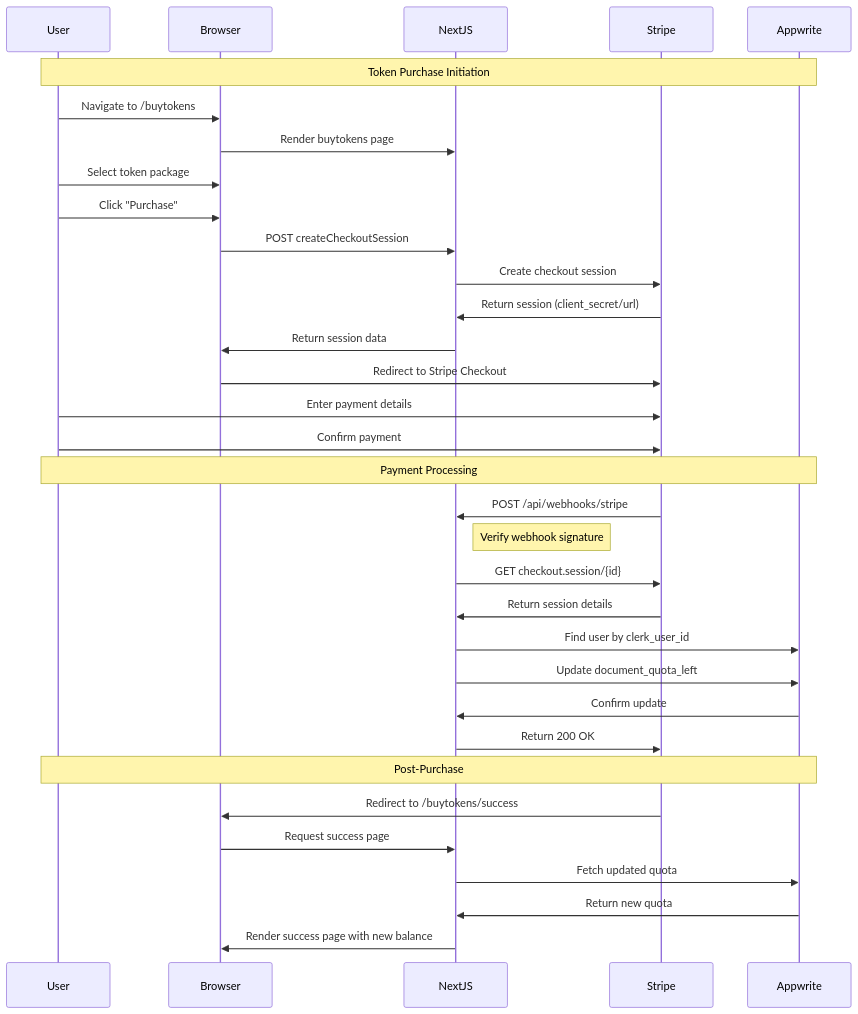
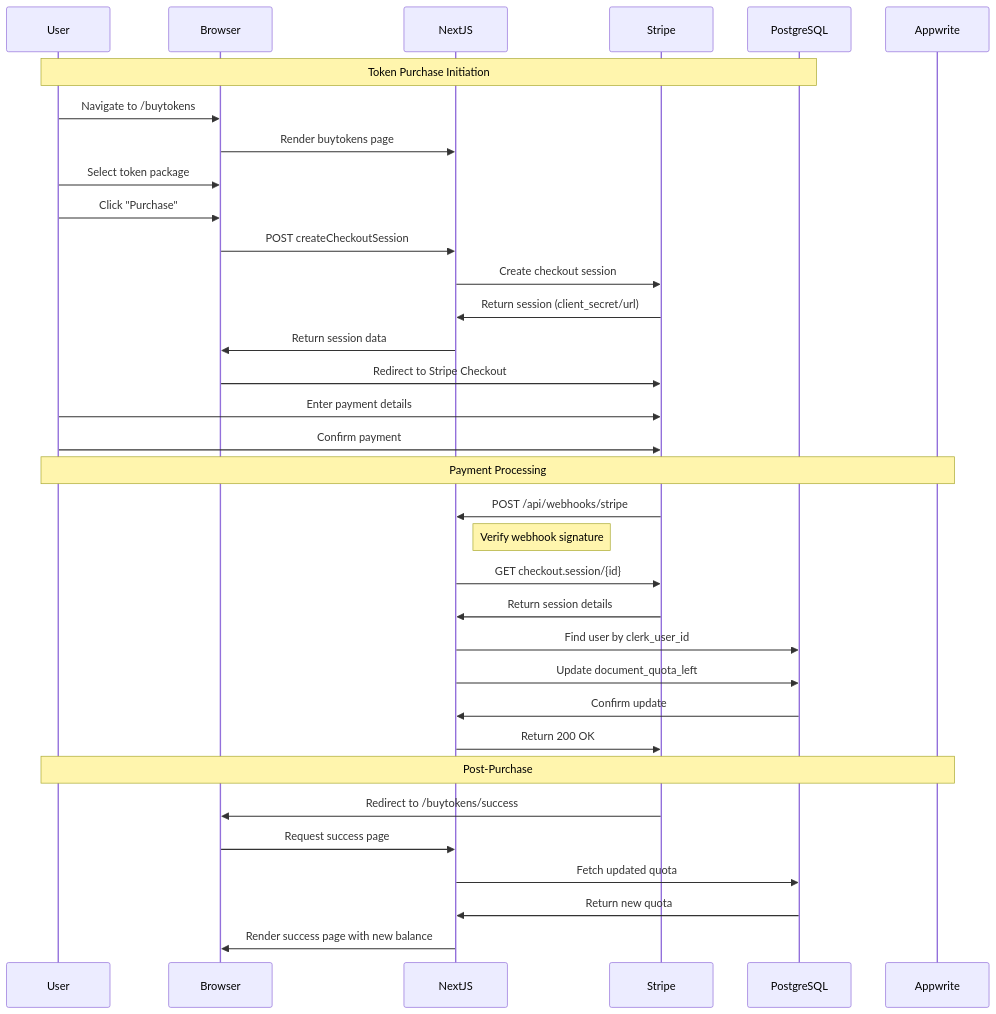
One commit to duzhongli-d/contractagent changed the second of 4 diagrams in docs/architecture/DATA_FLOW.md. Above: the diagram before and after it, drawn with Mermaid. The commit also changed other lines of this file and 8 other files, not shown here.

````diff
--- a/docs/architecture/DATA_FLOW.md
+++ b/docs/architecture/DATA_FLOW.md
@@ -105,41 +105,41 @@
 ```mermaid
 sequenceDiagram
     participant User
     participant Browser
     participant NextJS
     participant Stripe
-    participant Appwrite
+    participant PostgreSQL
 
-    Note over User,Appwrite: Token Purchase Initiation
+    Note over User,PostgreSQL: Token Purchase Initiation
 
     User->>Browser: Navigate to /buytokens
     Browser->>NextJS: Render buytokens page
     User->>Browser: Select token package
     User->>Browser: Click "Purchase"
     Browser->>NextJS: POST createCheckoutSession
     NextJS->>Stripe: Create checkout session
     Stripe->>NextJS: Return session (client_secret/url)
     NextJS->>Browser: Return session data
     Browser->>Stripe: Redirect to Stripe Checkout
     User->>Stripe: Enter payment details
     User->>Stripe: Confirm payment
 
     Note over User,Appwrite: Payment Processing
 
     Stripe->>NextJS: POST /api/webhooks/stripe
     Note right of NextJS: Verify webhook signature
     NextJS->>Stripe: GET checkout.session/{id}
     Stripe->>NextJS: Return session details
-    NextJS->>Appwrite: Find user by clerk_user_id
-    NextJS->>Appwrite: Update document_quota_left
-    Appwrite->>NextJS: Confirm update
+    NextJS->>PostgreSQL: Find user by clerk_user_id
+    NextJS->>PostgreSQL: Update document_quota_left
+    PostgreSQL->>NextJS: Confirm update
     NextJS->>Stripe: Return 200 OK
 
     Note over User,Appwrite: Post-Purchase
 
     Stripe->>Browser: Redirect to /buytokens/success
     Browser->>NextJS: Request success page
-    NextJS->>Appwrite: Fetch updated quota
-    Appwrite->>NextJS: Return new quota
+    NextJS->>PostgreSQL: Fetch updated quota
+    PostgreSQL->>NextJS: Return new quota
     NextJS->>Browser: Render success page with new balance
 ```
````
